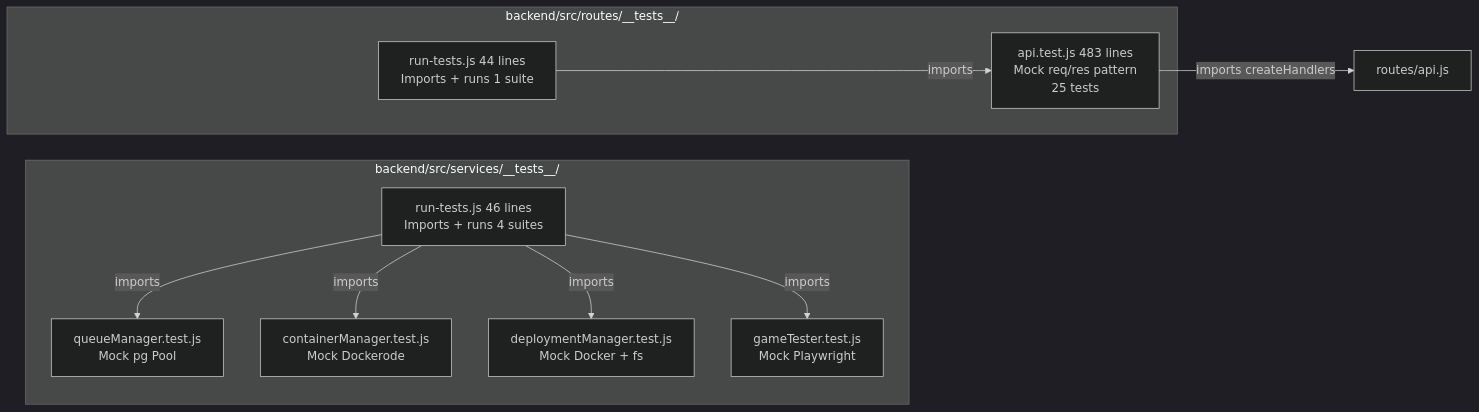
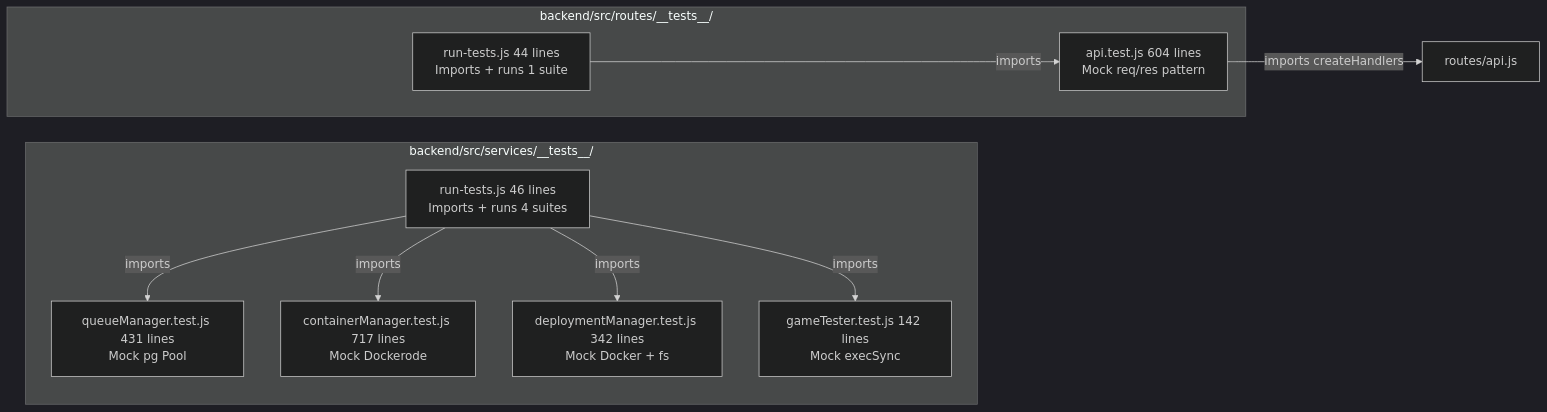
One commit to J-Gierend/gamePocGen changed the second of 10 diagrams in AI/document/01-file-map.md. Above: the diagram before and after it, drawn with Mermaid (dark theme). The commit also changed other lines of this file and 5 other files, not shown here.

````diff
--- a/AI/document/01-file-map.md
+++ b/AI/document/01-file-map.md
@@ -29,22 +29,22 @@
 ```mermaid
 graph LR
     subgraph "backend/src/services/__tests__/"
         SRR["run-tests.js 46 lines\nImports + runs 4 suites"]
-        QMT["queueManager.test.js\nMock pg Pool"]
-        CMT["containerManager.test.js\nMock Dockerode"]
-        DMT["deploymentManager.test.js\nMock Docker + fs"]
-        GTT["gameTester.test.js\nMock Playwright"]
+        QMT["queueManager.test.js 431 lines\nMock pg Pool"]
+        CMT["containerManager.test.js 717 lines\nMock Dockerode"]
+        DMT["deploymentManager.test.js 342 lines\nMock Docker + fs"]
+        GTT["gameTester.test.js 142 lines\nMock execSync"]
     end
 
     subgraph "backend/src/routes/__tests__/"
         RRR["run-tests.js 44 lines\nImports + runs 1 suite"]
-        AT["api.test.js 483 lines\nMock req/res pattern\n25 tests"]
+        AT["api.test.js 604 lines\nMock req/res pattern"]
     end
 
     SRR -->|"imports"| QMT
     SRR -->|"imports"| CMT
     SRR -->|"imports"| DMT
     SRR -->|"imports"| GTT
     RRR -->|"imports"| AT
     AT -->|"imports createHandlers"| API2["routes/api.js"]
 ```
````
